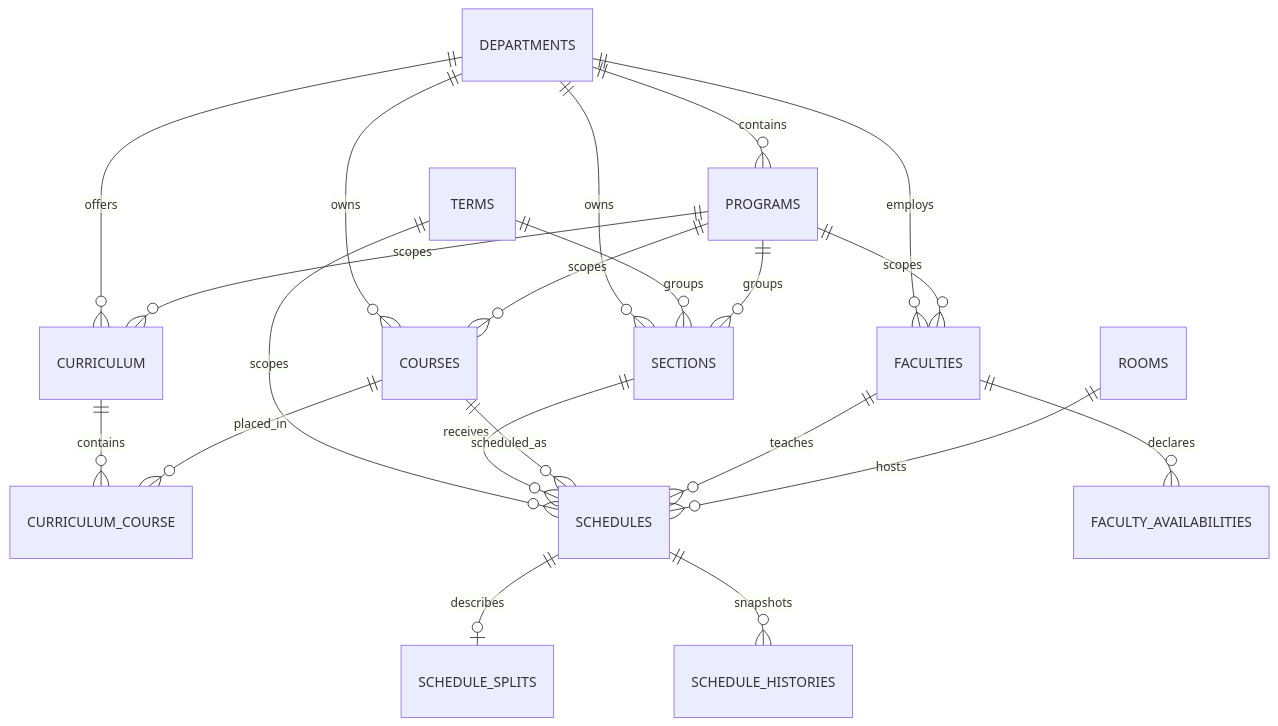
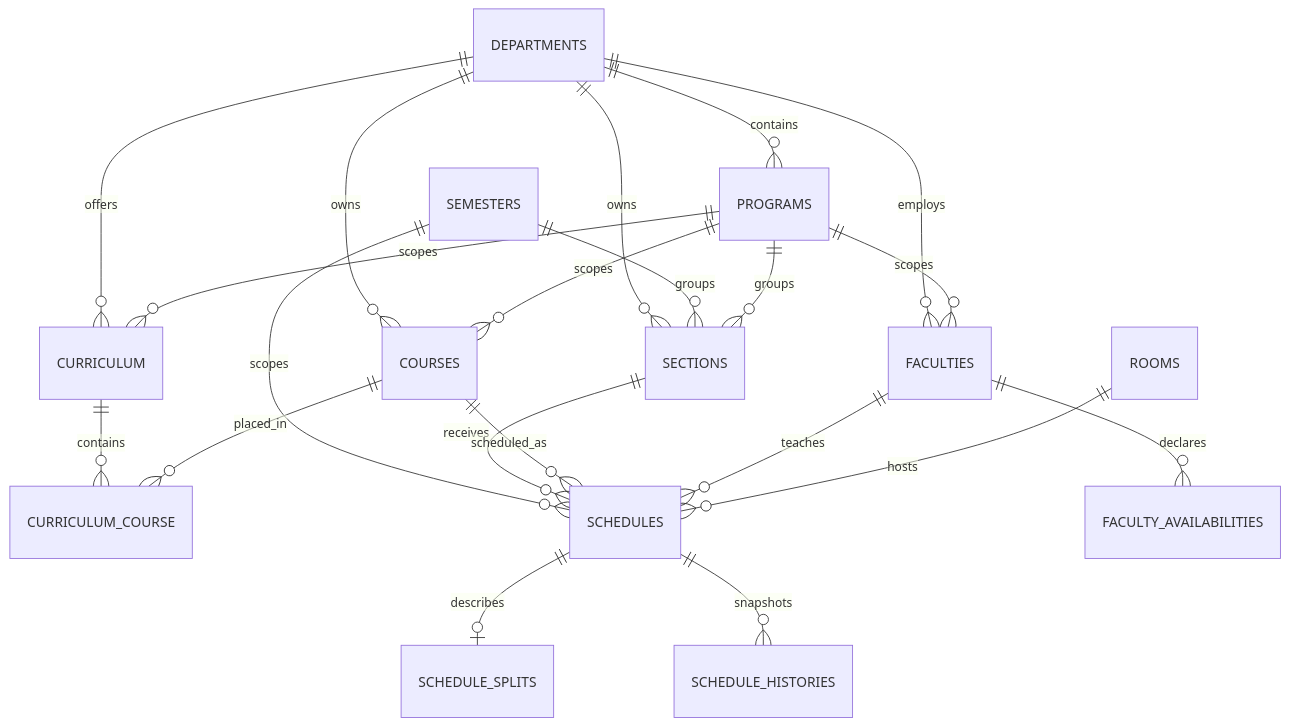
Before and after one commit to rtdabz/Web-Based-Intelligent-Conflict-Detection-and-Recommendation-System-for-Academic-Scheduling: the diagram in docs/database.md, drawn with Mermaid. The commit also changed other lines of this file and 223 other files, not shown here.

````diff
--- a/docs/database.md
+++ b/docs/database.md
@@ -28,23 +28,23 @@
 ```mermaid
 erDiagram
     DEPARTMENTS ||--o{ PROGRAMS : contains
     DEPARTMENTS ||--o{ FACULTIES : employs
     DEPARTMENTS ||--o{ SECTIONS : owns
     DEPARTMENTS ||--o{ COURSES : owns
     DEPARTMENTS ||--o{ CURRICULUM : offers
     PROGRAMS ||--o{ CURRICULUM : scopes
     PROGRAMS ||--o{ FACULTIES : scopes
     PROGRAMS ||--o{ COURSES : scopes
     CURRICULUM ||--o{ CURRICULUM_COURSE : contains
     COURSES ||--o{ CURRICULUM_COURSE : placed_in
-    TERMS ||--o{ SECTIONS : groups
+    SEMESTERS ||--o{ SECTIONS : groups
     PROGRAMS ||--o{ SECTIONS : groups
-    TERMS ||--o{ SCHEDULES : scopes
+    SEMESTERS ||--o{ SCHEDULES : scopes
     SECTIONS ||--o{ SCHEDULES : receives
     COURSES ||--o{ SCHEDULES : scheduled_as
     FACULTIES ||--o{ SCHEDULES : teaches
     ROOMS ||--o{ SCHEDULES : hosts
     SCHEDULES ||--o| SCHEDULE_SPLITS : describes
     FACULTIES ||--o{ FACULTY_AVAILABILITIES : declares
     SCHEDULES ||--o{ SCHEDULE_HISTORIES : snapshots
 ```
````
